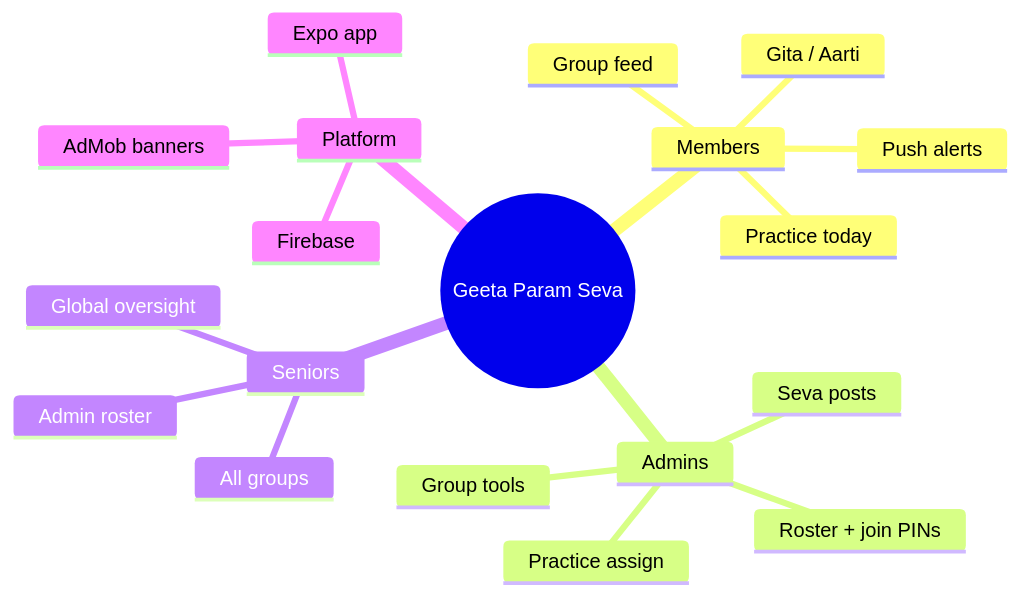
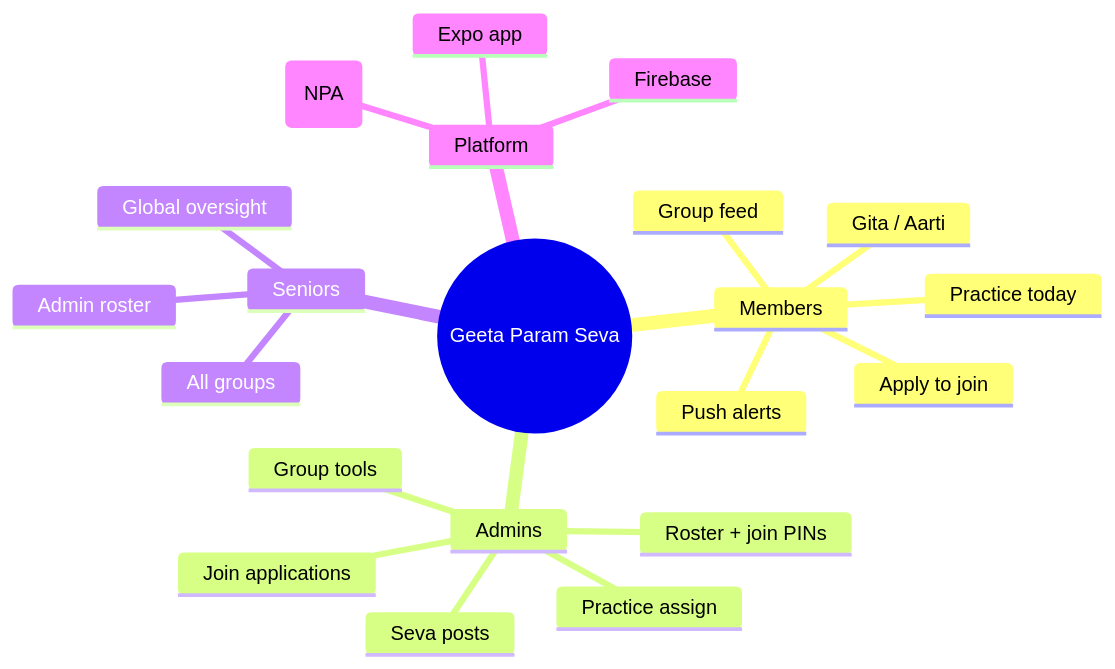
Before and after one commit to Sparshagrawal07/Geeta-param-seva: the first of 6 diagrams in README.md, drawn with Mermaid. The commit also changed other lines of this file and 59 other files, not shown here.

````diff
--- a/README.md
+++ b/README.md
@@ -30,22 +30,24 @@
 ```mermaid
 mindmap
   root((Geeta Param Seva))
     Members
+      Apply to join
       Group feed
       Practice today
       Gita / Aarti
       Push alerts
     Admins
+      Join applications
       Roster + join PINs
       Seva posts
       Practice assign
       Group tools
     Seniors
       All groups
       Admin roster
       Global oversight
     Platform
       Expo app
       Firebase
-      AdMob banners
+      AdMob banners (NPA)
 ```
````
